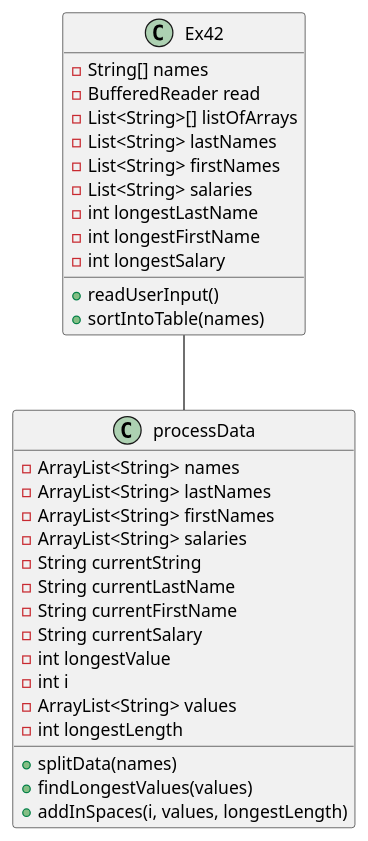
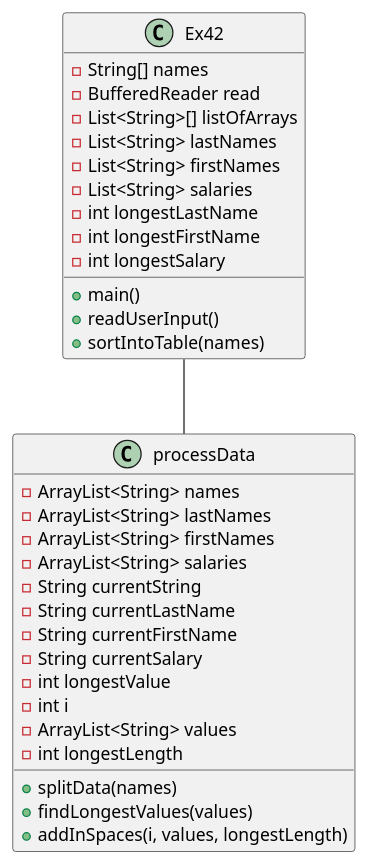
The diagram in src/main/java/oop/example/Ex42/Ex42_UML.puml (Kmullens1/mullens-cop3330-assignment3), drawn with PlantUML before and after one commit. The commit also changed 4 other files, not shown here.

Commit message:
Ex44 - UML Updated - Runs, but incorrectly

```diff
--- a/src/main/java/oop/example/Ex42/Ex42_UML.puml
+++ b/src/main/java/oop/example/Ex42/Ex42_UML.puml
@@ -1,40 +1,41 @@
 @startuml
 'https://plantuml.com/sequence-diagram
 
 class Ex42{
     - String[] names
     - BufferedReader read
     - List<String>[] listOfArrays
     - List<String> lastNames
     - List<String> firstNames
     - List<String> salaries
     - int longestLastName
     - int longestFirstName
     - int longestSalary
 
+    + main()
     + readUserInput()
     + sortIntoTable(names)
 }
 
 class processData{
     - ArrayList<String> names
     - ArrayList<String> lastNames
     - ArrayList<String> firstNames
     - ArrayList<String> salaries
     - String currentString
     - String currentLastName
     - String currentFirstName
     - String currentSalary
     - int longestValue
     - int i
     - ArrayList<String> values
     - int longestLength
 
     + splitData(names)
     + findLongestValues(values)
     + addInSpaces(i, values, longestLength)
 }
 
 Ex42 -- processData
 
 @enduml
```
